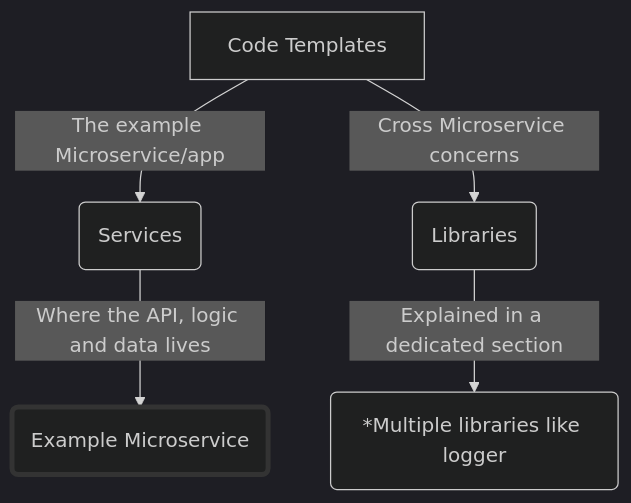
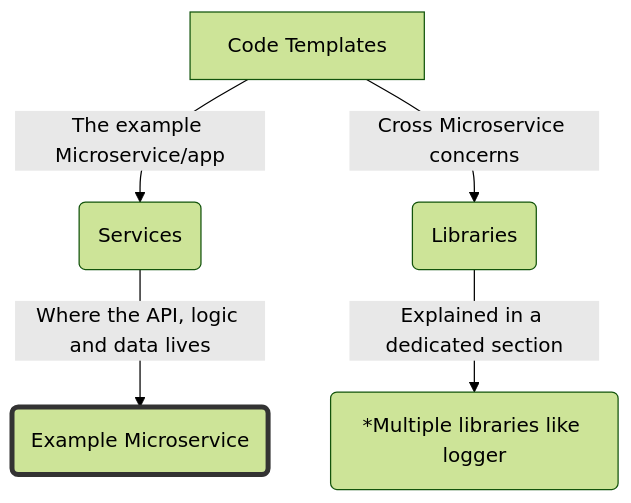
One commit to marcosmol204/practica changed the second of 4 diagrams in CONTRIBUTING.md. Above: the diagram before and after it, drawn with Mermaid.

````diff
--- a/CONTRIBUTING.md
+++ b/CONTRIBUTING.md
@@ -74,11 +74,11 @@
 ```mermaid
-%%{init: {'theme': 'dark', 'themeVariables': { 'primaryColor': '#ff0000', 'fontWeight': 'bold', 'fontFamily': 'comfortaa, Roboto'}}}%%
+%%{init: {'theme': 'forest', 'themeVariables': { 'primaryColor': '#ff0000', 'fontWeight': 'bold', 'fontFamily': 'comfortaa, Roboto'}}}%%
 graph
       A[Code Templates] -->|The example Microservice/app| B(Services)
       B -->|Where the API, logic and data lives| D(Example Microservice)
       A -->|Cross Microservice concerns| C(Libraries)
       C -->|Explained in a dedicated section| K(*Multiple libraries like logger)
       style D stroke:#333,stroke-width:4px
 
 
 ```
````
